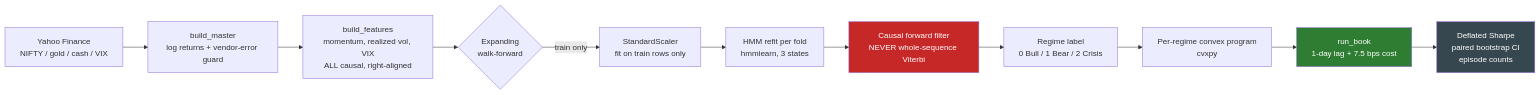
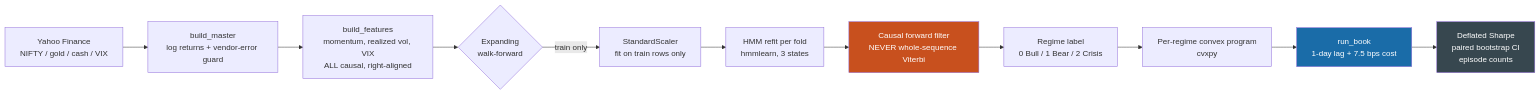
Before and after one commit to DogInfantry/Signals-Before-Storms: the second of 2 diagrams in README.md, drawn with Mermaid. The commit also changed other lines of this file and 3 other files, not shown here.

````diff
--- a/README.md
+++ b/README.md
@@ -90,17 +112,17 @@
 ```mermaid
 flowchart LR
     A["Yahoo Finance<br/>NIFTY / gold / cash / VIX"] --> B["build_master<br/>log returns + vendor-error guard"]
     B --> C["build_features<br/>momentum, realized vol, VIX<br/>ALL causal, right-aligned"]
     C --> D{"Expanding<br/>walk-forward"}
     D -->|"train only"| E["StandardScaler<br/>fit on train rows only"]
     E --> F["HMM refit per fold<br/>hmmlearn, 3 states"]
     F --> G["Causal forward filter<br/>NEVER whole-sequence Viterbi"]
     G --> H["Regime label<br/>0 Bull / 1 Bear / 2 Crisis"]
     H --> I["Per-regime convex program<br/>cvxpy"]
     I --> J["run_book<br/>1-day lag + 7.5 bps cost"]
     J --> K["Deflated Sharpe<br/>paired bootstrap CI<br/>episode counts"]
 
-    style G fill:#c62828,color:#fff
-    style J fill:#2e7d32,color:#fff
+    style G fill:#c8501e,color:#fff
+    style J fill:#1a6ca8,color:#fff
     style K fill:#37474f,color:#fff
 ```
````
